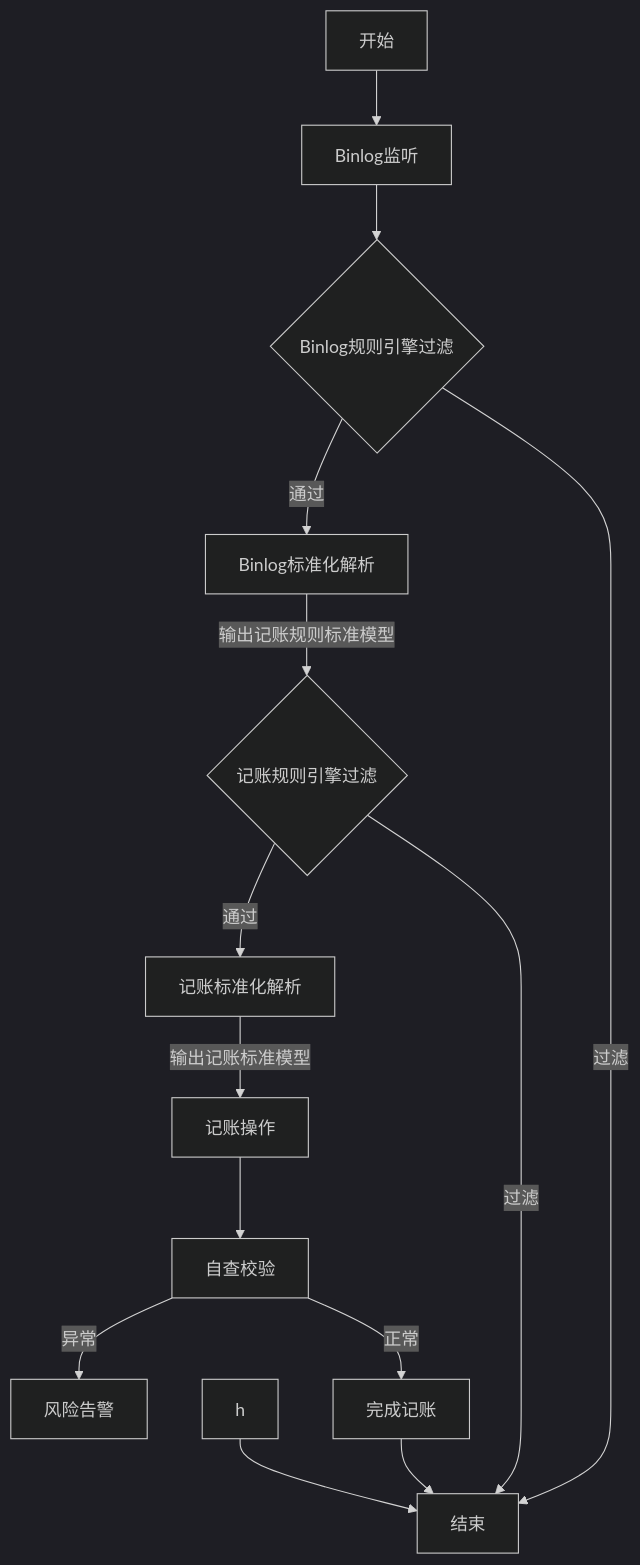
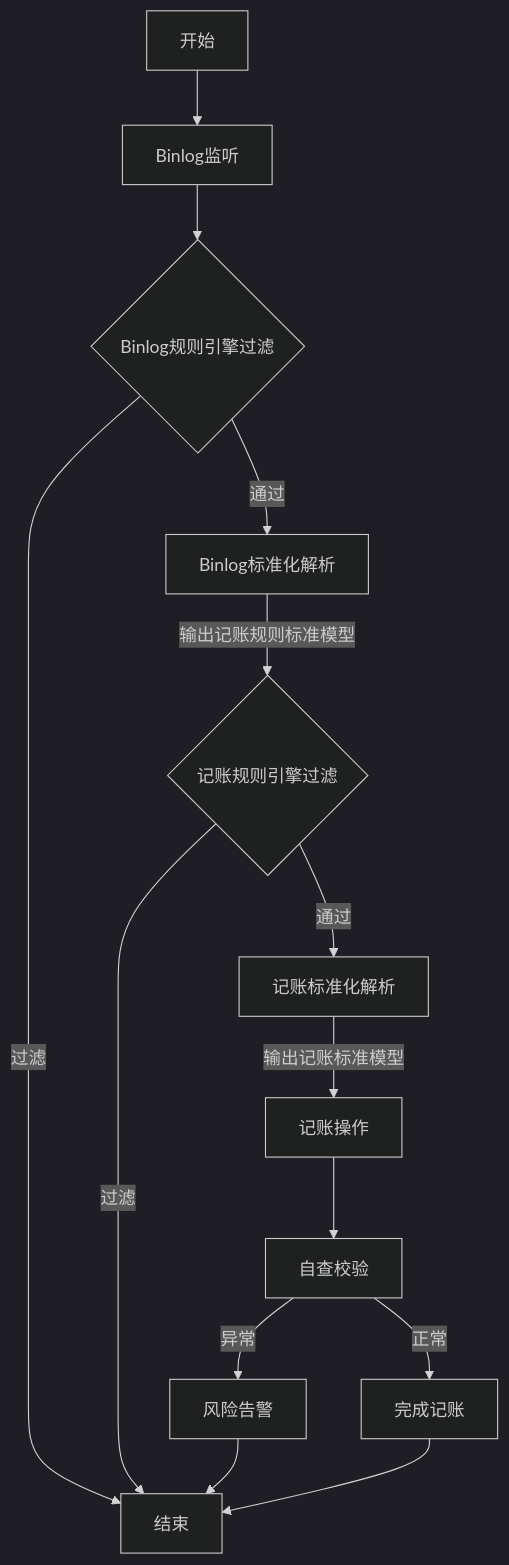
One commit to 87828943/iodraw-files changed the diagram in all/记账架构流程图.md. Above: the diagram before and after it, drawn with Mermaid (dark theme).

Commit message:
2025-07-07 16:09:56 update

````diff
--- a/all/记账架构流程图.md
+++ b/all/记账架构流程图.md
@@ -1,16 +1,16 @@
 ```mermaid
 graph TD
     Z[开始] --> A
     A[Binlog监听] --> B{Binlog规则引擎过滤}
     B -->|通过| C[Binlog标准化解析]
     B -->|过滤| K[结束]
     C --> |输出记账规则标准模型|D{记账规则引擎过滤}
     D --> |通过|E[记账标准化解析]
     D --> |过滤|K
     E --> |输出记账标准模型|F[记账操作]
     F --> G[自查校验]
     G -->|异常| H[风险告警]
-    h -->  K[结束]
+    H -->  K[结束]
     G -->|正常| I[完成记账]
     I -->  K[结束]
 ```
````
